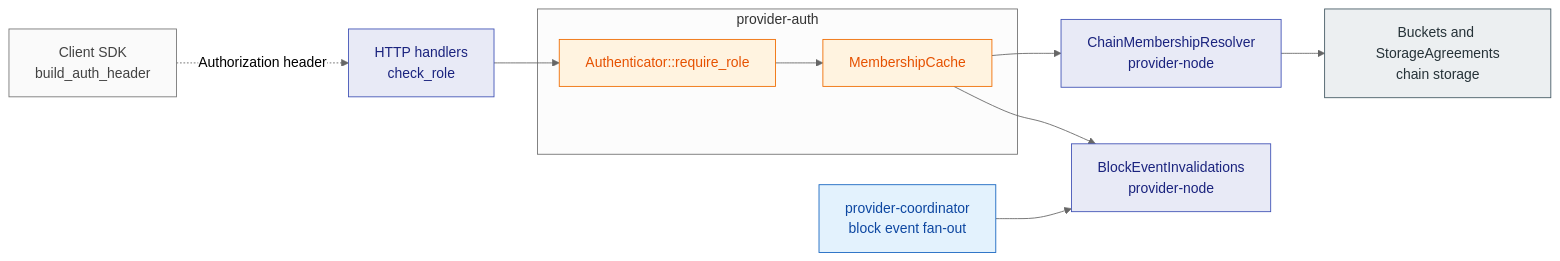
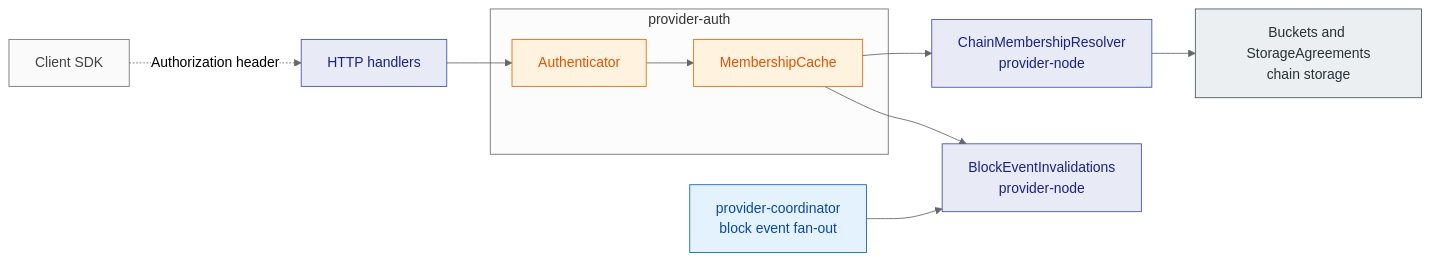
Before and after one commit to paritytech/web3-storage: the first of 2 diagrams in docs/design/storage-provider-node/provider-auth.md, drawn with Mermaid (neutral theme). The commit also changed other lines of this file and 7 other files, not shown here.

````diff
--- a/docs/design/storage-provider-node/provider-auth.md
+++ b/docs/design/storage-provider-node/provider-auth.md
@@ -11,31 +11,31 @@
 ```mermaid
 flowchart LR
     classDef providernode fill:#E8EAF6,stroke:#3F51B5,color:#1A237E
     classDef auth fill:#FFF3E0,stroke:#EF6C00,color:#E65100
     classDef challenge fill:#FFEBEE,stroke:#C62828,color:#B71C1C
     classDef coordinator fill:#E3F2FD,stroke:#1565C0,color:#0D47A1
     classDef replica fill:#F3E5F5,stroke:#6A1B9A,color:#4A148C
     classDef storage fill:#E8F5E9,stroke:#2E7D32,color:#1B5E20
     classDef chain fill:#ECEFF1,stroke:#455A64,color:#263238
     classDef external fill:#FAFAFA,stroke:#757575,color:#424242
 
-    sdk["Client SDK<br/>build_auth_header"]:::external
-    api["HTTP handlers<br/>check_role"]:::providernode
+    sdk["Client SDK"]:::external
+    api["HTTP handlers"]:::providernode
     resolver["ChainMembershipResolver<br/>provider-node"]:::providernode
     feed["BlockEventInvalidations<br/>provider-node"]:::providernode
     coord["provider-coordinator<br/>block event fan-out"]:::coordinator
     chain["Buckets and StorageAgreements<br/>chain storage"]:::chain
 
     subgraph crate["provider-auth"]
-        verify["Authenticator::require_role"]:::auth
+        verify["Authenticator"]:::auth
         cache["MembershipCache"]:::auth
     end
 
     sdk -. "Authorization header" .-> api
     api --> verify
     verify --> cache
     cache --> resolver
     cache --> feed
     resolver --> chain
     coord --> feed
 ```
````
